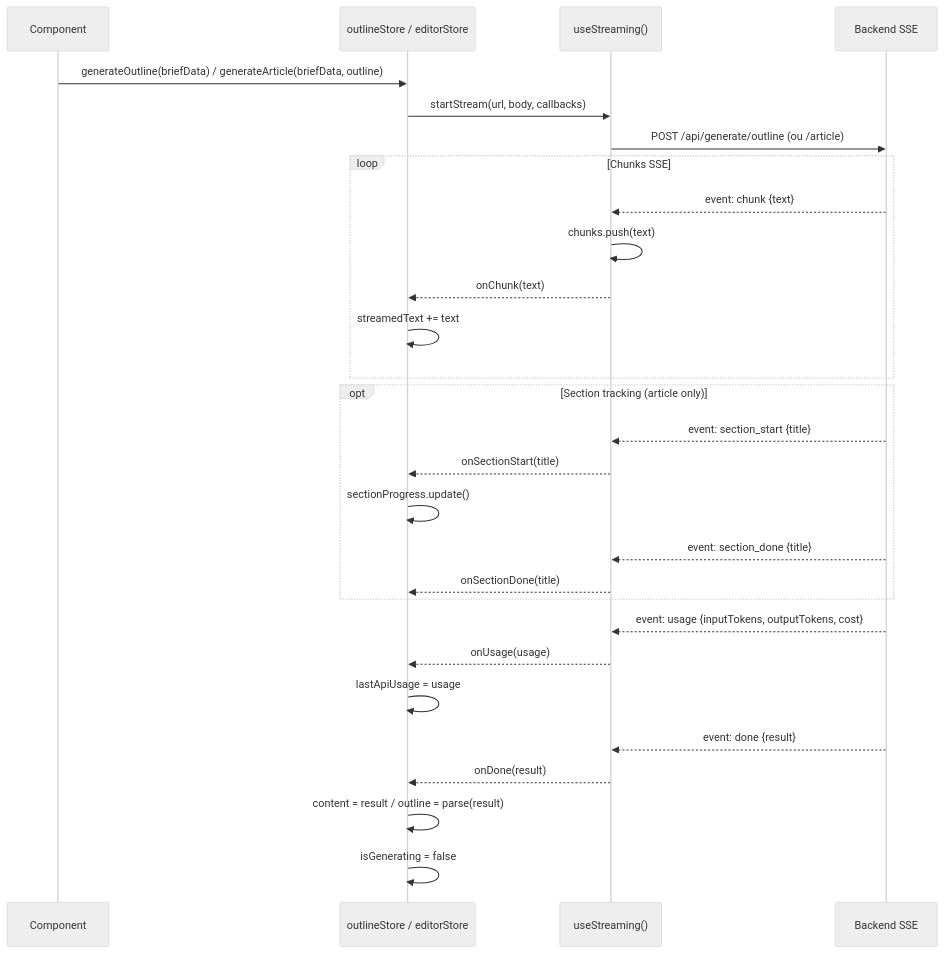
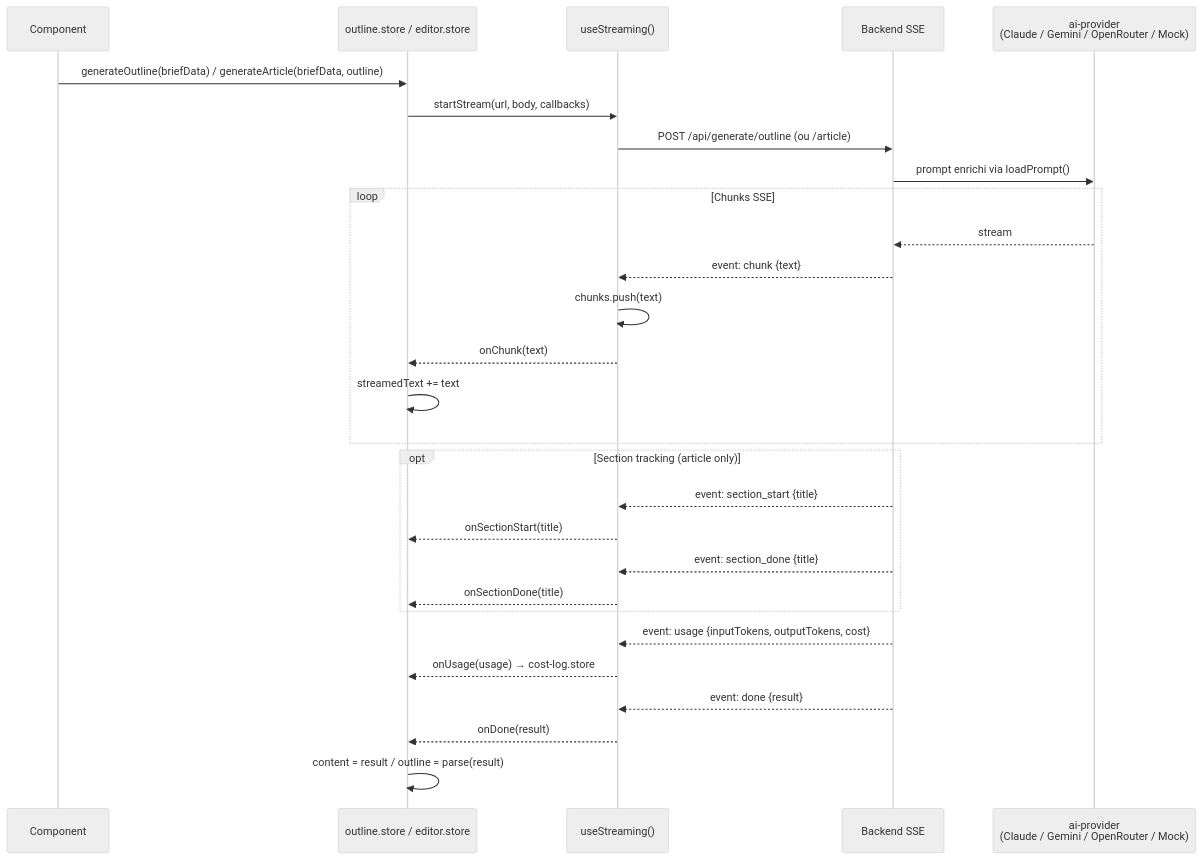
Diagram 19 of 24 in ARCHITECTURE_FLOWS.md (annubis-knight/Blog_Redactor_SEO), drawn with Mermaid (neutral theme) before and after one commit. The commit also changed other lines of this file and 400 other files, not shown here.

````diff
--- a/ARCHITECTURE_FLOWS.md
+++ b/ARCHITECTURE_FLOWS.md
@@ -739,36 +819,34 @@
 ```mermaid
 sequenceDiagram
     participant UI as Component
-    participant Store as outlineStore / editorStore
+    participant Store as outline.store / editor.store
     participant Hook as useStreaming()
     participant API as Backend SSE
+    participant AI as ai-provider<br>(Claude / Gemini / OpenRouter / Mock)
 
     UI->>Store: generateOutline(briefData) / generateArticle(briefData, outline)
     Store->>Hook: startStream(url, body, callbacks)
     Hook->>API: POST /api/generate/outline (ou /article)
+    API->>AI: prompt enrichi via loadPrompt()
 
     loop Chunks SSE
+        AI-->>API: stream
         API-->>Hook: event: chunk {text}
         Hook->>Hook: chunks.push(text)
         Hook-->>Store: onChunk(text)
         Store->>Store: streamedText += text
     end
 
     opt Section tracking (article only)
         API-->>Hook: event: section_start {title}
         Hook-->>Store: onSectionStart(title)
-        Store->>Store: sectionProgress.update()
-
         API-->>Hook: event: section_done {title}
         Hook-->>Store: onSectionDone(title)
     end
 
     API-->>Hook: event: usage {inputTokens, outputTokens, cost}
-    Hook-->>Store: onUsage(usage)
-    Store->>Store: lastApiUsage = usage
-
+    Hook-->>Store: onUsage(usage) → cost-log.store
     API-->>Hook: event: done {result}
     Hook-->>Store: onDone(result)
     Store->>Store: content = result / outline = parse(result)
-    Store->>Store: isGenerating = false
 ```
````
